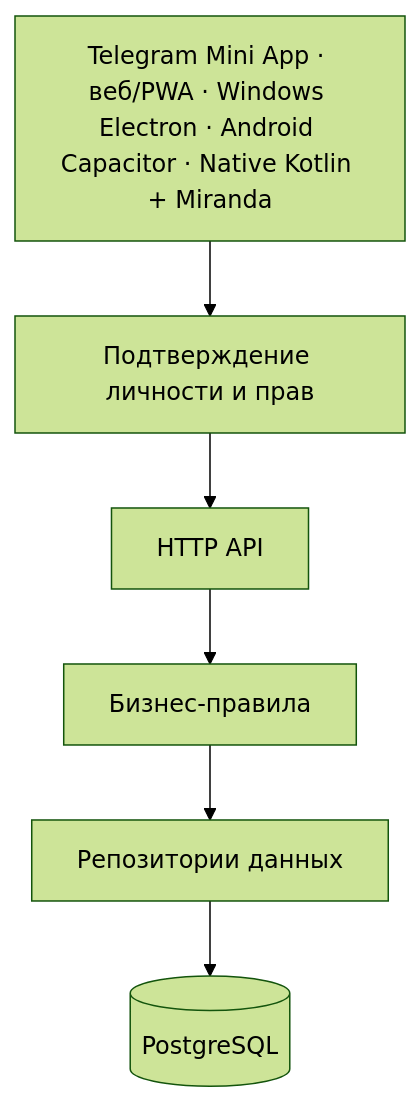
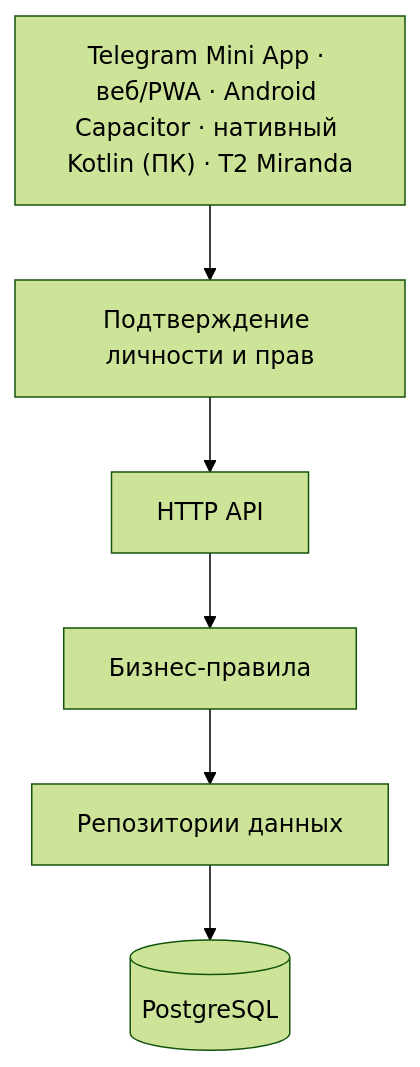
The diagram in README.md (JustT1MExGOD/tele2-app), drawn with Mermaid (forest theme) before and after one commit. The commit also changed other lines of this file and 3 other files, not shown here.

````diff
--- a/README.md
+++ b/README.md
@@ -244,8 +244,8 @@
 ```mermaid
 flowchart TB
-    C["Telegram Mini App · веб/PWA · Windows Electron · Android Capacitor · Native Kotlin + Miranda"] --> A["Подтверждение личности и прав"]
+    C["Telegram Mini App · веб/PWA · Android Capacitor · нативный Kotlin (ПК) · T2 Miranda"] --> A["Подтверждение личности и прав"]
     A --> H["HTTP API"]
     H --> B["Бизнес-правила"]
     B --> D["Репозитории данных"]
     D --> P[("PostgreSQL")]
 ```
````
